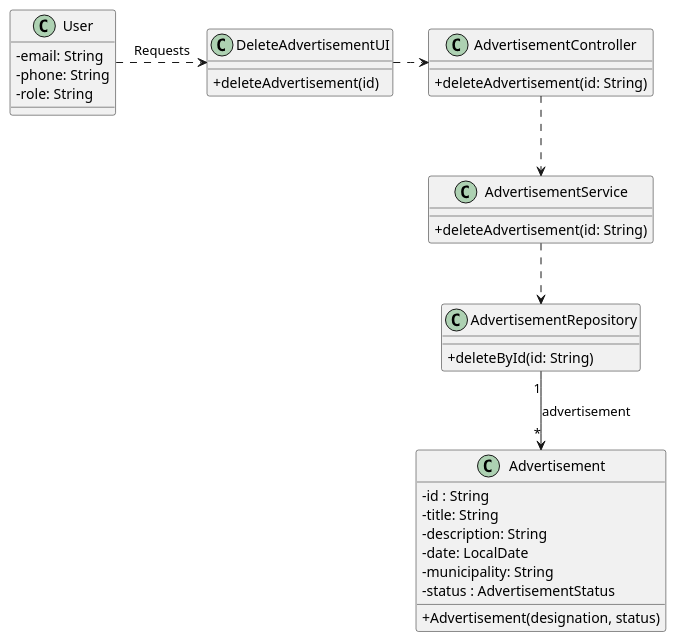
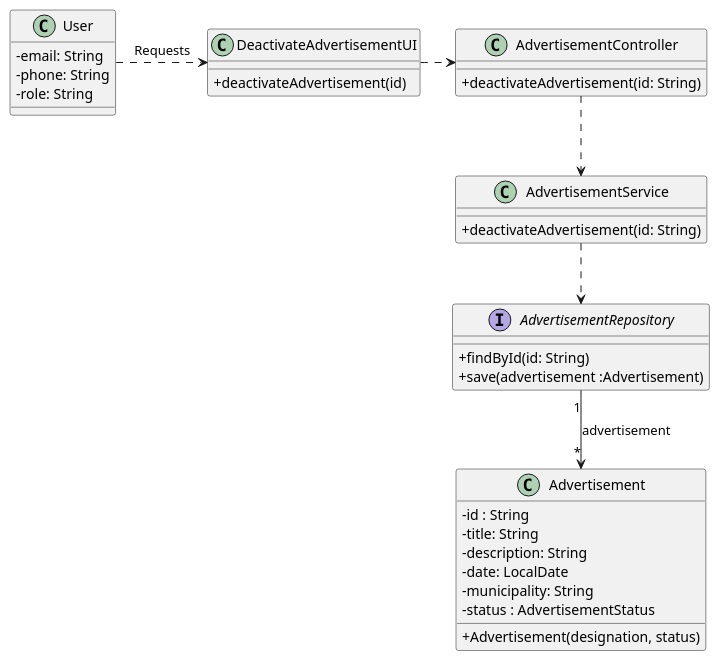
Before and after one commit to vivianeaalmeida/ComeAndGet: the diagram in Docs/US14/03-design/US14-CD.puml, drawn with PlantUML. The commit also changed 23 other files, not shown here.

```diff
--- a/Docs/US14/03-design/US14-CD.puml
+++ b/Docs/US14/03-design/US14-CD.puml
@@ -1,58 +1,50 @@
 @startuml
 skinparam packageStyle rectangle
 skinparam shadowing false
 skinparam linetype polyline
 skinparam classAttributeIconSize 0
 
 class User {
     - email: String
     - phone: String
     - role: String
 }
 
-class DeleteAdvertisementUI {
-    + deleteAdvertisement(id)
+class DeactivateAdvertisementUI {
+    + deactivateAdvertisement(id)
 }
 
 class Advertisement {
     - id : String
     - title: String
     - description: String
     - date: LocalDate
     - municipality: String
     - status : AdvertisementStatus
     + Advertisement(designation, status)
 }
 
-'class AdvertisementDTO {
-'    - id : String
-'    - designation : String
- '   + AdvertisementDTO()
-'}
 
 class AdvertisementController {
-    + deleteAdvertisement(id: String)
+    + deactivateAdvertisement(id: String)
 }
 
 class AdvertisementService {
-    + deleteAdvertisement(id: String)
+    + deactivateAdvertisement(id: String)
 }
 
-class AdvertisementRepository {
-    + deleteById(id: String)
+interface AdvertisementRepository {
+    + findById(id: String)
+    + save(advertisement :Advertisement)
 }
 
-'class AdvertisementMapper {
-'    + toEntity()
-'    + toDTO()
-'}
 
-User .> DeleteAdvertisementUI : Requests
-DeleteAdvertisementUI .> AdvertisementController
+User .> DeactivateAdvertisementUI : Requests
+DeactivateAdvertisementUI .> AdvertisementController
 AdvertisementController ..> AdvertisementService
 AdvertisementService ..> AdvertisementRepository
 AdvertisementRepository "1" --> "*" Advertisement : advertisement
 
 
 
 @enduml
```
